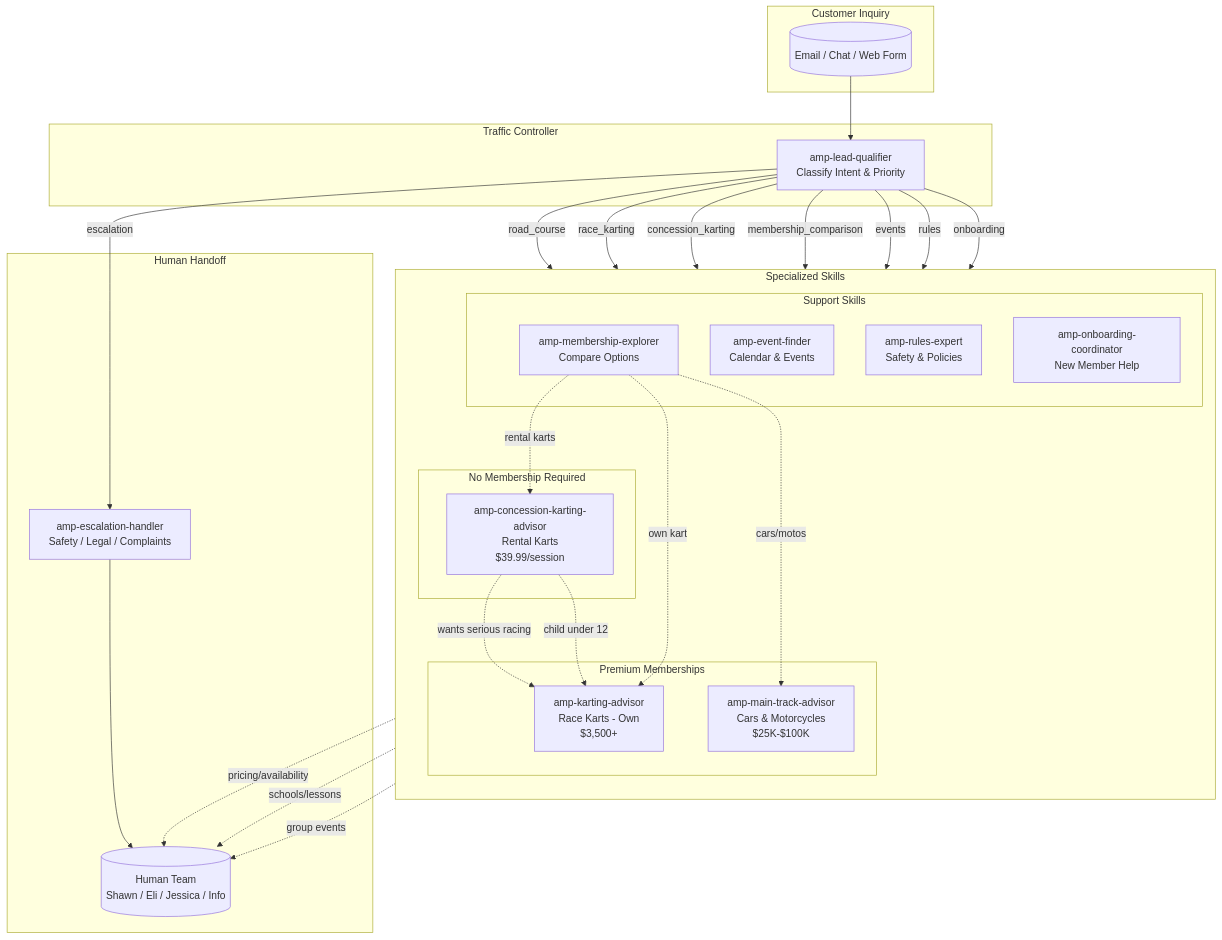
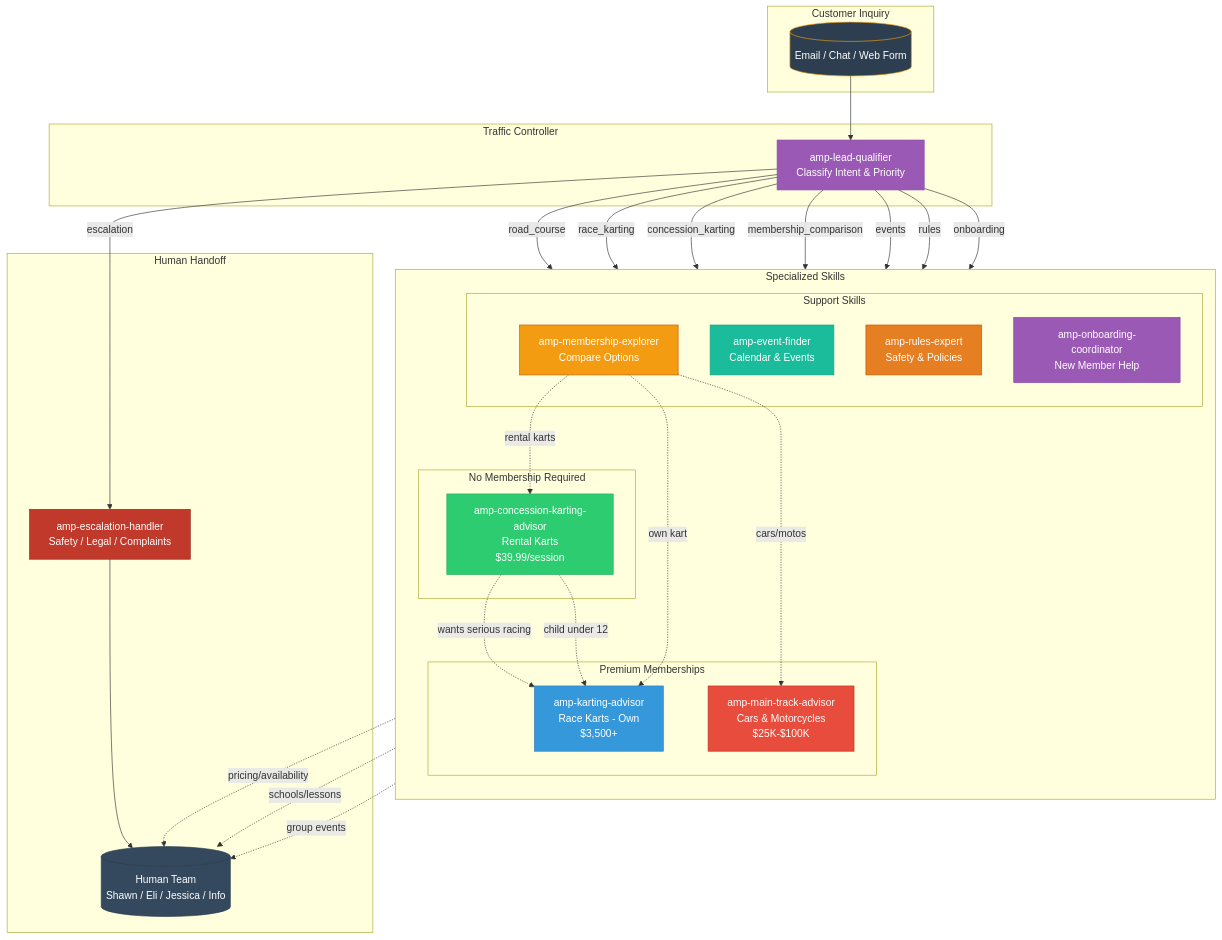
One commit to josh5holland/amp-ai-customer-service changed the first of 3 diagrams in README.md. Above: the diagram before and after it, drawn with Mermaid. The commit also changed other lines of this file, not shown here.

First line of the commit message:
Add color styles to Mermaid diagrams

````diff
--- a/README.md
+++ b/README.md
@@ -77,58 +77,70 @@
 ```mermaid
 flowchart TB
     subgraph INPUT["Customer Inquiry"]
         A[("Email / Chat / Web Form")]
     end
 
     subgraph QUALIFIER["Traffic Controller"]
         B["amp-lead-qualifier<br/>Classify Intent & Priority"]
     end
 
     A --> B
 
     subgraph SKILLS["Specialized Skills"]
         direction TB
 
         subgraph PREMIUM["Premium Memberships"]
             C["amp-main-track-advisor<br/>Cars & Motorcycles<br/>$25K-$100K"]
             D["amp-karting-advisor<br/>Race Karts - Own<br/>$3,500+"]
         end
 
         subgraph CASUAL["No Membership Required"]
             E["amp-concession-karting-advisor<br/>Rental Karts<br/>$39.99/session"]
         end
 
         subgraph SUPPORT["Support Skills"]
             F["amp-membership-explorer<br/>Compare Options"]
             G["amp-event-finder<br/>Calendar & Events"]
             H["amp-rules-expert<br/>Safety & Policies"]
             I["amp-onboarding-coordinator<br/>New Member Help"]
         end
     end
 
     subgraph ESCALATE["Human Handoff"]
         J["amp-escalation-handler<br/>Safety / Legal / Complaints"]
         K[("Human Team<br/>Shawn / Eli / Jessica / Info")]
     end
 
     B -->|"road_course"| C
     B -->|"race_karting"| D
     B -->|"concession_karting"| E
     B -->|"membership_comparison"| F
     B -->|"events"| G
     B -->|"rules"| H
     B -->|"onboarding"| I
     B -->|"escalation"| J
 
     J --> K
 
     E -.->|"wants serious racing"| D
     E -.->|"child under 12"| D
     F -.->|"cars/motos"| C
     F -.->|"own kart"| D
     F -.->|"rental karts"| E
 
     C -.->|"pricing/availability"| K
     D -.->|"schools/lessons"| K
     E -.->|"group events"| K
+
+    style A fill:#2c3e50,stroke:#f39c12,color:#fff
+    style B fill:#9b59b6,stroke:#8e44ad,color:#fff
+    style C fill:#e74c3c,stroke:#c0392b,color:#fff
+    style D fill:#3498db,stroke:#2980b9,color:#fff
+    style E fill:#2ecc71,stroke:#27ae60,color:#fff
+    style F fill:#f39c12,stroke:#d35400,color:#fff
+    style G fill:#1abc9c,stroke:#16a085,color:#fff
+    style H fill:#e67e22,stroke:#d35400,color:#fff
+    style I fill:#9b59b6,stroke:#8e44ad,color:#fff
+    style J fill:#c0392b,stroke:#922b21,color:#fff
+    style K fill:#34495e,stroke:#2c3e50,color:#fff
 ```
````
